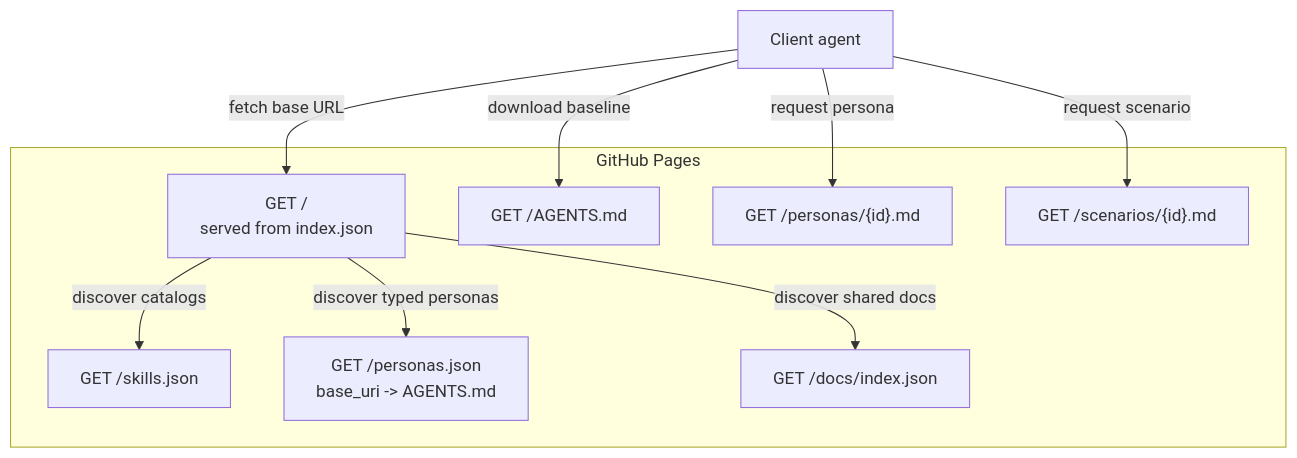
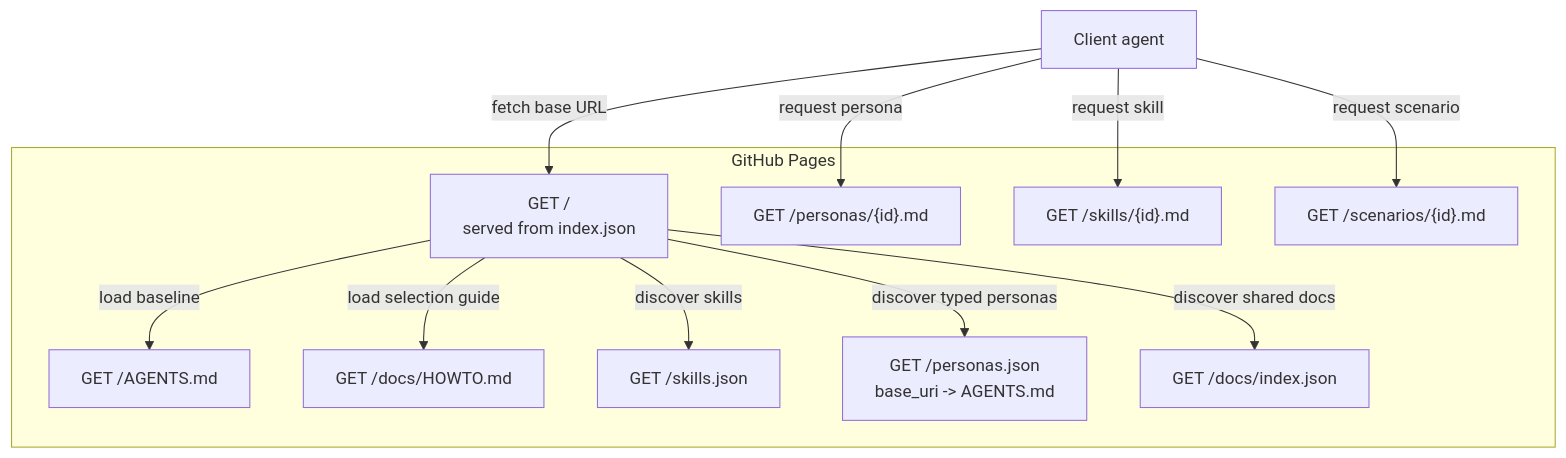
The first of 2 diagrams in README.md (qqrm/codex-tools), drawn with Mermaid before and after one commit. The commit also changed other lines of this file and 19 other files, not shown here.

````diff
--- a/README.md
+++ b/README.md
@@ -187,20 +213,24 @@
 ```mermaid
 flowchart TD
   Client["Client agent"] -->|"fetch base URL"| Entrypoint["GET /<br/>served from index.json"]
-  Entrypoint -->|"discover catalogs"| Skills["GET /skills.json"]
+  Entrypoint -->|"load baseline"| Agents["GET /AGENTS.md"]
+  Entrypoint -->|"load selection guide"| HowTo["GET /docs/HOWTO.md"]
+  Entrypoint -->|"discover skills"| Skills["GET /skills.json"]
   Entrypoint -->|"discover typed personas"| Catalog["GET /personas.json<br/>base_uri -> AGENTS.md"]
   Entrypoint -->|"discover shared docs"| Docs["GET /docs/index.json"]
-  Client -->|"download baseline"| Agents["GET /AGENTS.md"]
   Client -->|"request persona"| Persona["GET /personas/{id}.md"]
+  Client -->|"request skill"| Skill["GET /skills/{id}.md"]
   Client -->|"request scenario"| Scenario["GET /scenarios/{id}.md"]
 
   subgraph GitHubPages["GitHub Pages"]
     Entrypoint
+    HowTo
     Skills
     Catalog
     Docs
     Agents
     Persona
+    Skill
     Scenario
   end
 ```
````
